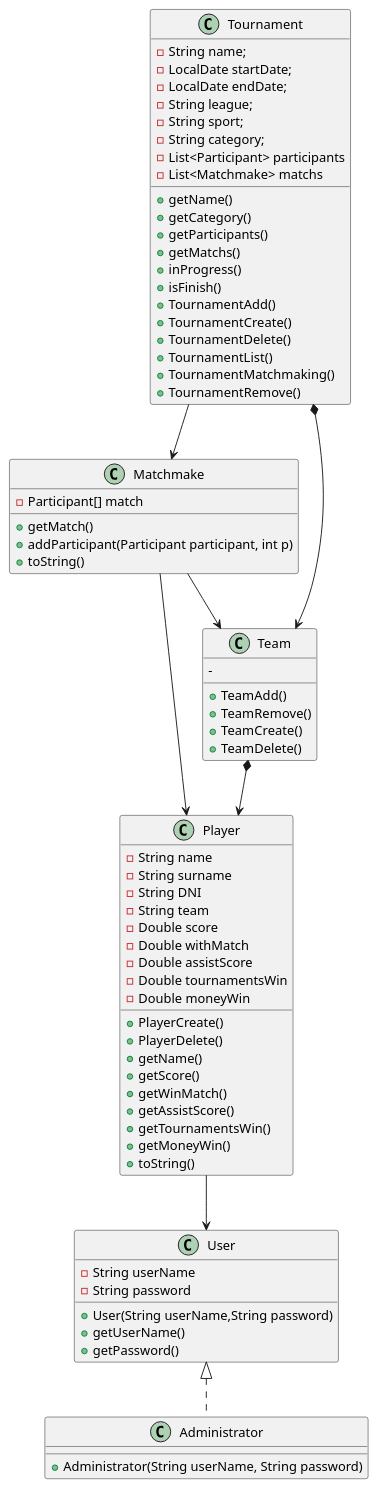
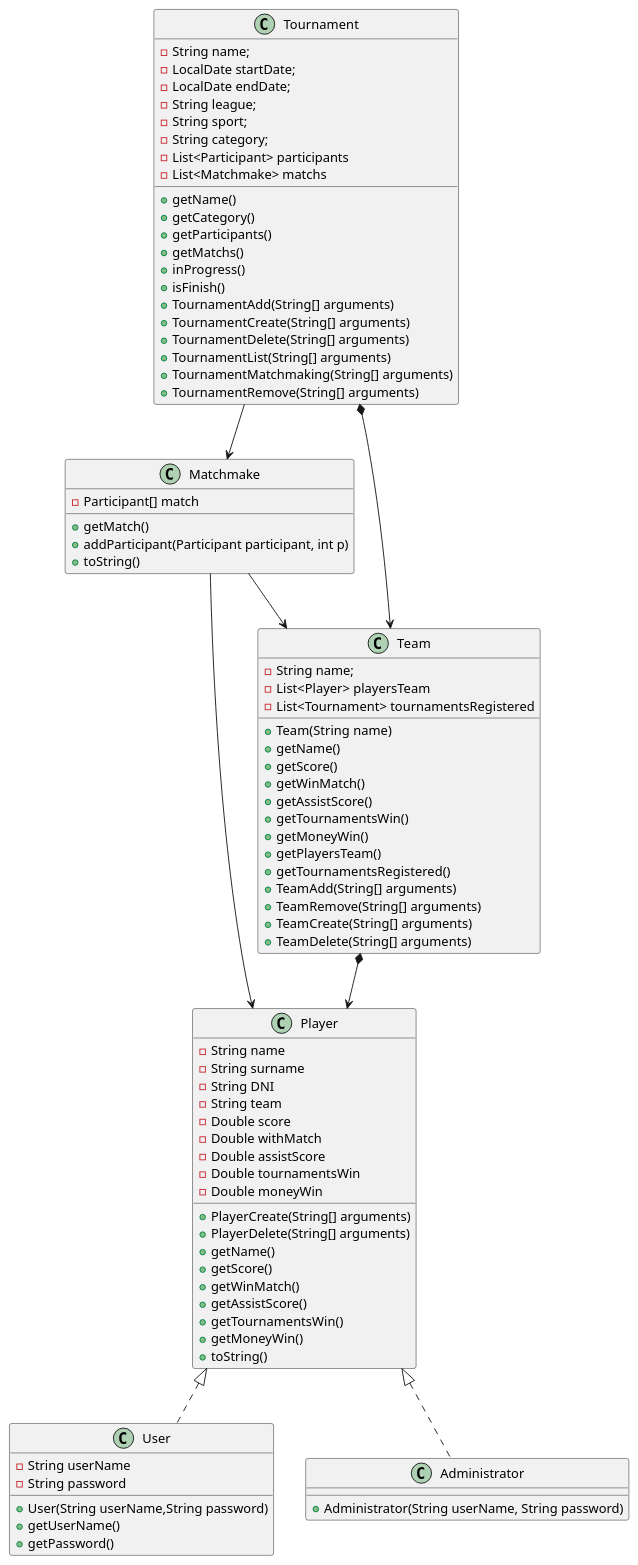
Before and after one commit to CarrotAsh/SportsManagement: the diagram in src/Class Diagram.puml, drawn with PlantUML.

```diff
--- a/src/Class Diagram.puml
+++ b/src/Class Diagram.puml
@@ -1,84 +1,94 @@
 @startuml
 
 class Tournament{
     - String name;
     - LocalDate startDate;
     - LocalDate endDate;
     - String league;
     - String sport;
     - String category;
     - List<Participant> participants
     - List<Matchmake> matchs
     + getName()
     + getCategory()
     + getParticipants()
     + getMatchs()
     + inProgress()
     + isFinish()
-    + TournamentAdd()
-    + TournamentCreate()
-    + TournamentDelete()
-    + TournamentList()
-    + TournamentMatchmaking()
-    + TournamentRemove()
+    + TournamentAdd(String[] arguments)
+    + TournamentCreate(String[] arguments)
+    + TournamentDelete(String[] arguments)
+    + TournamentList(String[] arguments)
+    + TournamentMatchmaking(String[] arguments)
+    + TournamentRemove(String[] arguments)
 }
 
 class Player{
    - String name
    - String surname
    - String DNI
    - String team
    - Double score
    - Double withMatch
    - Double assistScore
    - Double tournamentsWin
    - Double moneyWin
-   + PlayerCreate()
-   + PlayerDelete()
+   + PlayerCreate(String[] arguments)
+   + PlayerDelete(String[] arguments)
    + getName()
    + getScore()
    + getWinMatch()
    + getAssistScore()
    + getTournamentsWin()
    + getMoneyWin()
    + toString()
 }
 
 class Matchmake{
     - Participant[] match
     + getMatch()
     + addParticipant(Participant participant, int p)
     + toString()
 
 }
 
 class Team{
-    + TeamAdd()
-    + TeamRemove()
-    + TeamCreate()
-    + TeamDelete()
-    -
+    - String name;
+    - List<Player> playersTeam
+    - List<Tournament> tournamentsRegistered
+    + Team(String name)
+    + getName()
+    + getScore()
+    + getWinMatch()
+    + getAssistScore()
+    + getTournamentsWin()
+    + getMoneyWin()
+    + getPlayersTeam()
+    + getTournamentsRegistered()
+    + TeamAdd(String[] arguments)
+    + TeamRemove(String[] arguments)
+    + TeamCreate(String[] arguments)
+    + TeamDelete(String[] arguments)
 }
 
 class User{
     - String userName
     - String password
     + User(String userName,String password)
     + getUserName()
     + getPassword()
 }
 
 class Administrator{
     + Administrator(String userName, String password)
 
 }
 
 Tournament *-down-> Team
 Team *-down-> Player
-Player -down-> User
 Tournament -down-> Matchmake
 Matchmake -down-> Team
 Matchmake -down-> Player
-User <|.down. Administrator
-
+Player <|.down. Administrator
+Player <|.down. User
 @enduml
```
